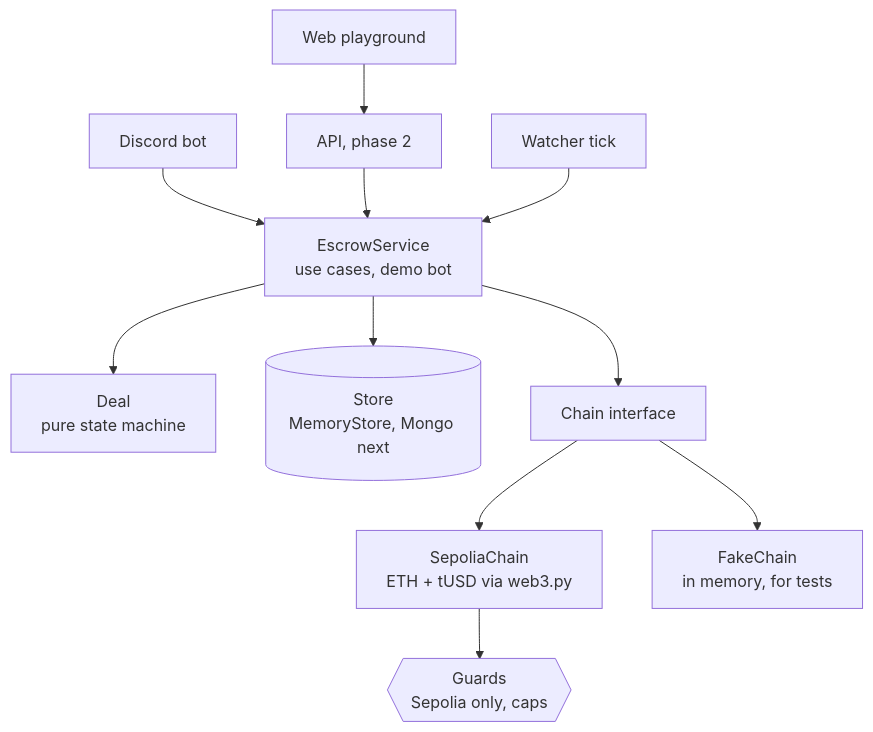
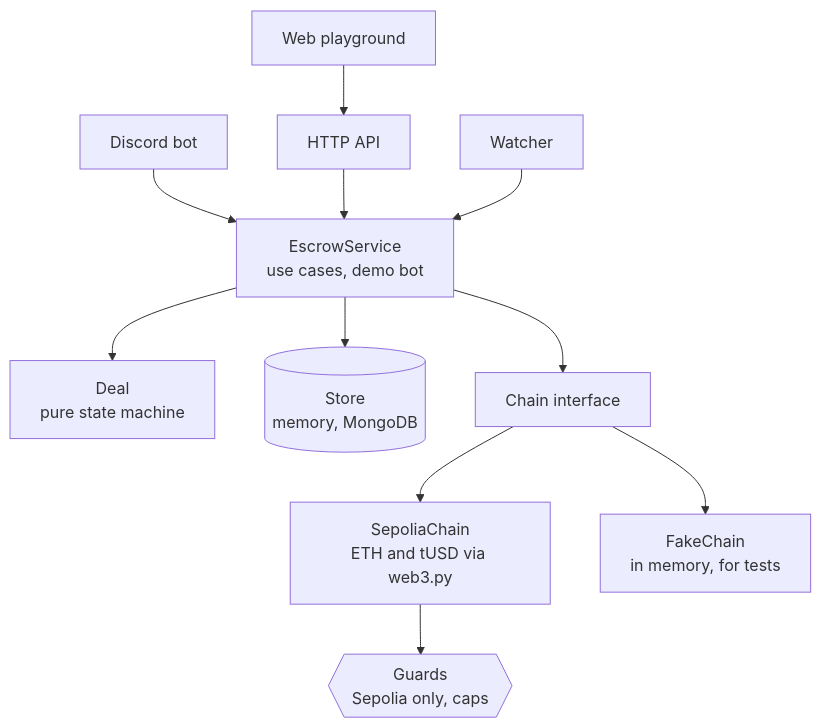
Before and after one commit to danibapsilva/holdfast: the second of 2 diagrams in README.md, drawn with Mermaid. The commit also changed other lines of this file and 19 other files, not shown here.

````diff
--- a/README.md
+++ b/README.md
@@ -23,13 +85,13 @@
 ```mermaid
 flowchart TB
-    web[Web playground] --> api[API, phase 2]
+    web[Web playground] --> api[HTTP API]
     discord[Discord bot] --> service
     api --> service
-    worker[Watcher tick] --> service
+    worker[Watcher] --> service
     service[EscrowService<br/>use cases, demo bot] --> deal[Deal<br/>pure state machine]
-    service --> store[(Store<br/>MemoryStore, Mongo next)]
+    service --> store[(Store<br/>memory, MongoDB)]
     service --> chain[Chain interface]
-    chain --> sepolia[SepoliaChain<br/>ETH + tUSD via web3.py]
+    chain --> sepolia[SepoliaChain<br/>ETH and tUSD via web3.py]
     chain --> fake[FakeChain<br/>in memory, for tests]
     sepolia --> guards{{Guards<br/>Sepolia only, caps}}
 ```
````
